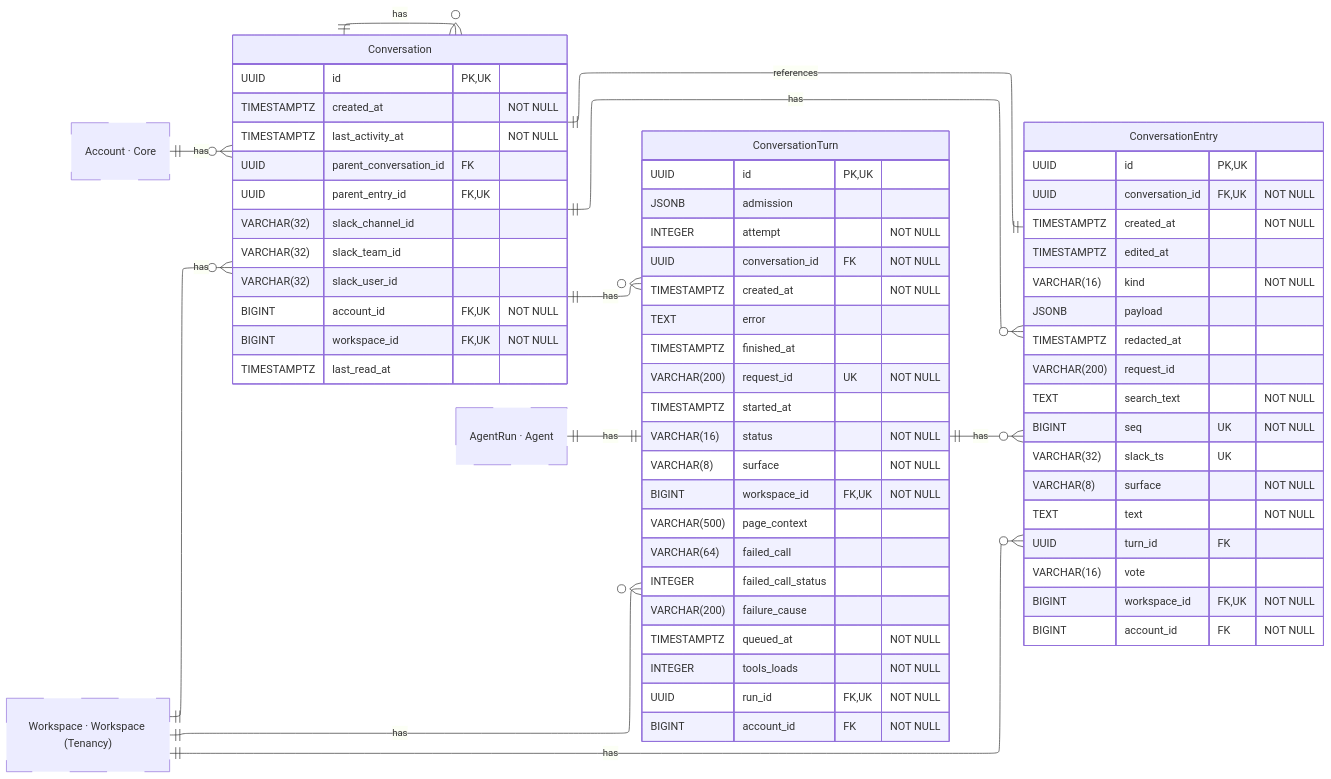
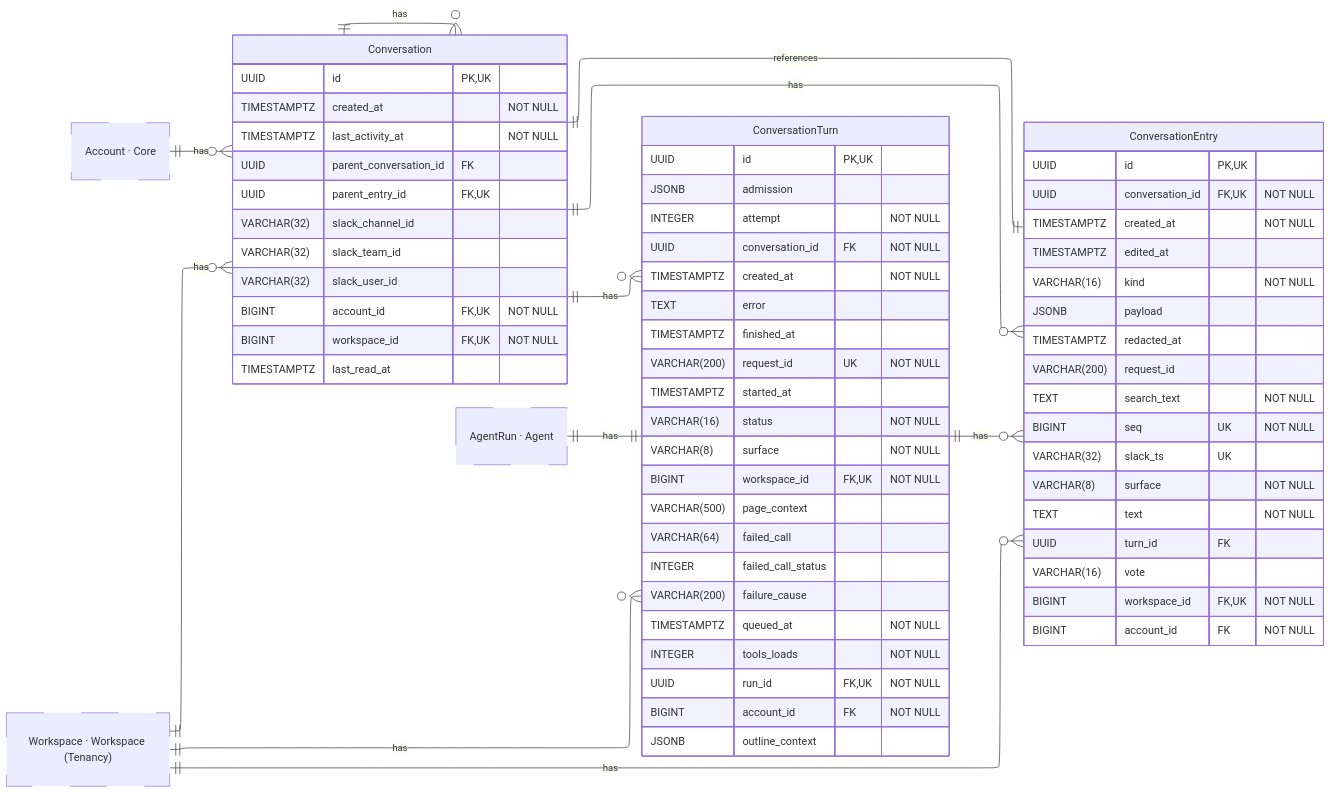
One commit to hephaestus-build/Hephaestus changed the diagram in docs/contributor/erd/conversation.mmd. Above: the diagram before and after it, drawn with Mermaid. The commit also changed 2 other files, not shown here.

Commit message:
build(server): generate Outline erasure schema

```diff
--- a/docs/contributor/erd/conversation.mmd
+++ b/docs/contributor/erd/conversation.mmd
@@ -1,96 +1,97 @@
 ---
 config:
     layout: elk
 ---
 erDiagram
     %% Generated automatically from PostgreSQL database schema
     %% using scripts/generate-mermaid-erd.ts
     %% To regenerate: vp run db:generate-erd-docs
 
     direction LR
 
     Conversation {
         UUID id PK,UK
         TIMESTAMPTZ created_at "NOT NULL"
         TIMESTAMPTZ last_activity_at "NOT NULL"
         UUID parent_conversation_id FK
         UUID parent_entry_id FK,UK
         VARCHAR(32) slack_channel_id
         VARCHAR(32) slack_team_id
         VARCHAR(32) slack_user_id
         BIGINT account_id FK,UK "NOT NULL"
         BIGINT workspace_id FK,UK "NOT NULL"
         TIMESTAMPTZ last_read_at
     }
 
     ConversationEntry {
         UUID id PK,UK
         UUID conversation_id FK,UK "NOT NULL"
         TIMESTAMPTZ created_at "NOT NULL"
         TIMESTAMPTZ edited_at
         VARCHAR(16) kind "NOT NULL"
         JSONB payload
         TIMESTAMPTZ redacted_at
         VARCHAR(200) request_id
         TEXT search_text "NOT NULL"
         BIGINT seq UK "NOT NULL"
         VARCHAR(32) slack_ts UK
         VARCHAR(8) surface "NOT NULL"
         TEXT text "NOT NULL"
         UUID turn_id FK
         VARCHAR(16) vote
         BIGINT workspace_id FK,UK "NOT NULL"
         BIGINT account_id FK "NOT NULL"
     }
 
     ConversationTurn {
         UUID id PK,UK
         JSONB admission
         INTEGER attempt "NOT NULL"
         UUID conversation_id FK "NOT NULL"
         TIMESTAMPTZ created_at "NOT NULL"
         TEXT error
         TIMESTAMPTZ finished_at
         VARCHAR(200) request_id UK "NOT NULL"
         TIMESTAMPTZ started_at
         VARCHAR(16) status "NOT NULL"
         VARCHAR(8) surface "NOT NULL"
         BIGINT workspace_id FK,UK "NOT NULL"
         VARCHAR(500) page_context
         VARCHAR(64) failed_call
         INTEGER failed_call_status
         VARCHAR(200) failure_cause
         TIMESTAMPTZ queued_at "NOT NULL"
         INTEGER tools_loads "NOT NULL"
         UUID run_id FK,UK "NOT NULL"
         BIGINT account_id FK "NOT NULL"
+        JSONB outline_context
     }
 
     Account["Account · Core"]
     AgentRun["AgentRun · Agent"]
     Workspace["Workspace · Workspace (Tenancy)"]
 
     %% Relationships
     %% One-to-One relationships
     ConversationEntry ||--|| Conversation : references
     AgentRun ||--|| ConversationTurn : has
 
     %% One-to-Many relationships
     Account ||--o{ Conversation : has
     Conversation ||--o{ Conversation : has
     Workspace ||--o{ Conversation : has
     Conversation ||--o{ ConversationEntry : has
     ConversationTurn ||--o{ ConversationEntry : has
     Workspace ||--o{ ConversationEntry : has
     Conversation ||--o{ ConversationTurn : has
     Workspace ||--o{ ConversationTurn : has
 
     %% Styling
     classDef primaryEntity stroke-width:2px
     classDef associationEntity stroke-width:1px
     classDef metadataEntity stroke-width:1px
     classDef referenceEntity stroke-dasharray:5 5
 
     class Account referenceEntity
     class AgentRun referenceEntity
     class Workspace referenceEntity
```
